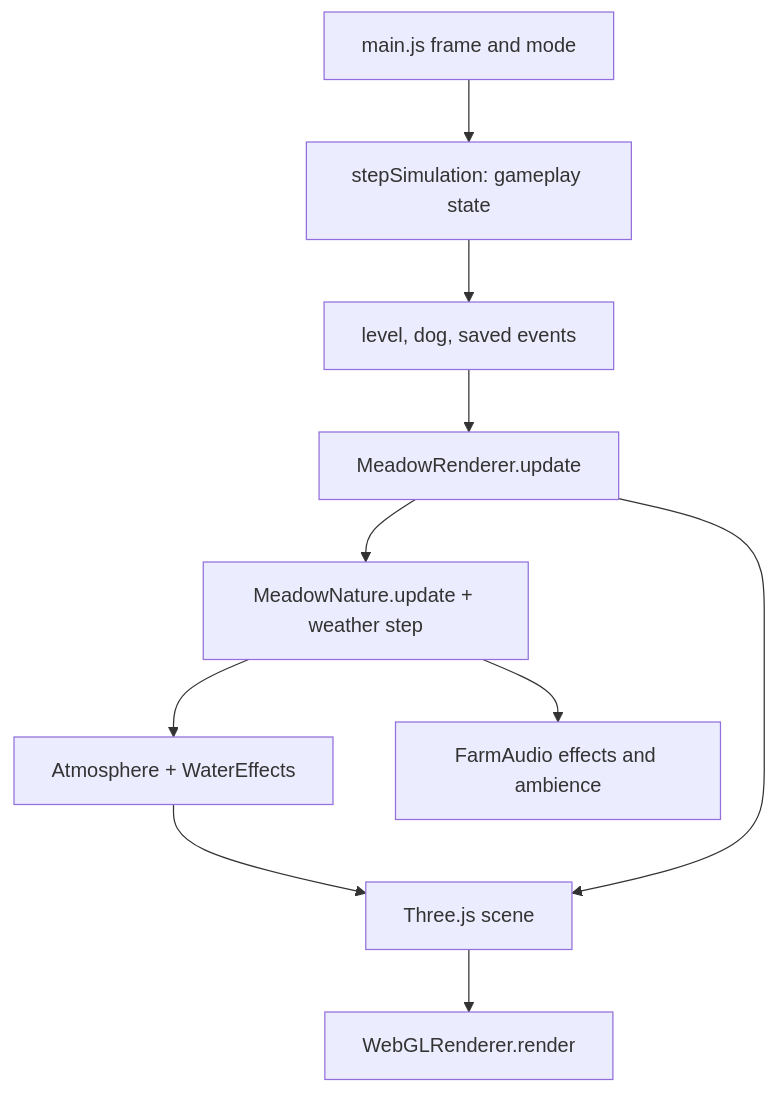
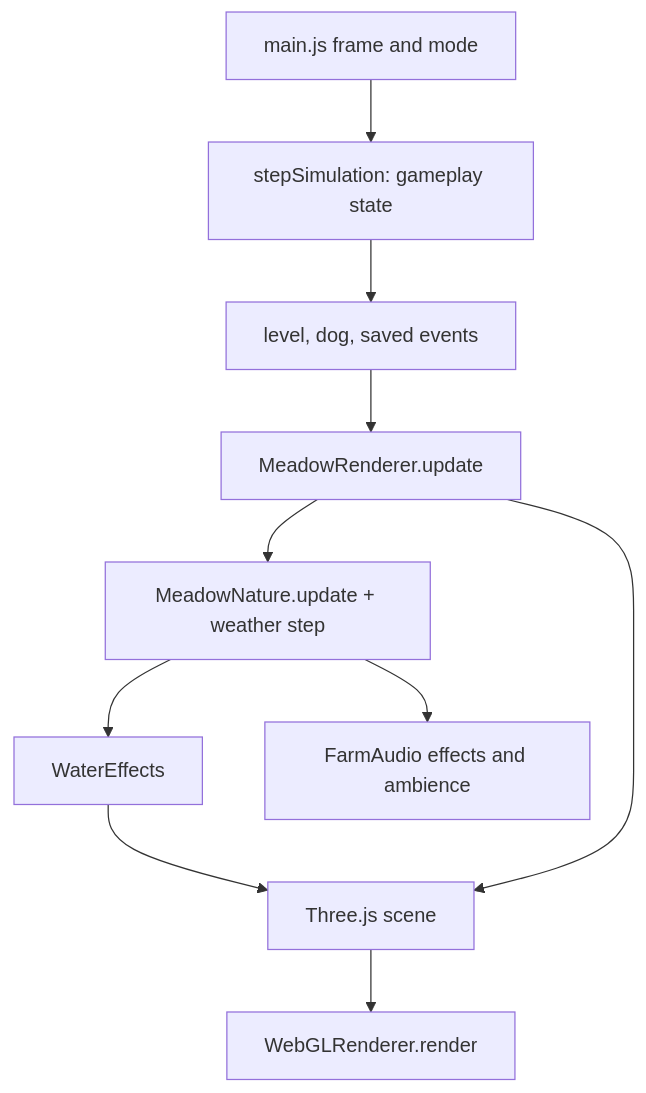
The first of 2 diagrams in docs/systems/PRESENTATION.md (novydhillon/Flock), drawn with Mermaid before and after one commit. The commit also changed other lines of this file and 22 other files, not shown here.

````diff
--- a/docs/systems/PRESENTATION.md
+++ b/docs/systems/PRESENTATION.md
@@ -9,12 +9,12 @@
 ```mermaid
 flowchart TD
   Main["main.js frame and mode"] --> Sim["stepSimulation: gameplay state"]
   Sim --> State["level, dog, saved events"]
   State --> Renderer["MeadowRenderer.update"]
   Renderer --> Nature["MeadowNature.update + weather step"]
-  Nature --> Atmosphere["Atmosphere + WaterEffects"]
-  Atmosphere --> Scene["Three.js scene"]
+  Nature --> Surfaces["WaterEffects"]
+  Surfaces --> Scene["Three.js scene"]
   Renderer --> Scene
   Scene --> GPU["WebGLRenderer.render"]
   Nature --> Audio["FarmAudio effects and ambience"]
 ```
````
